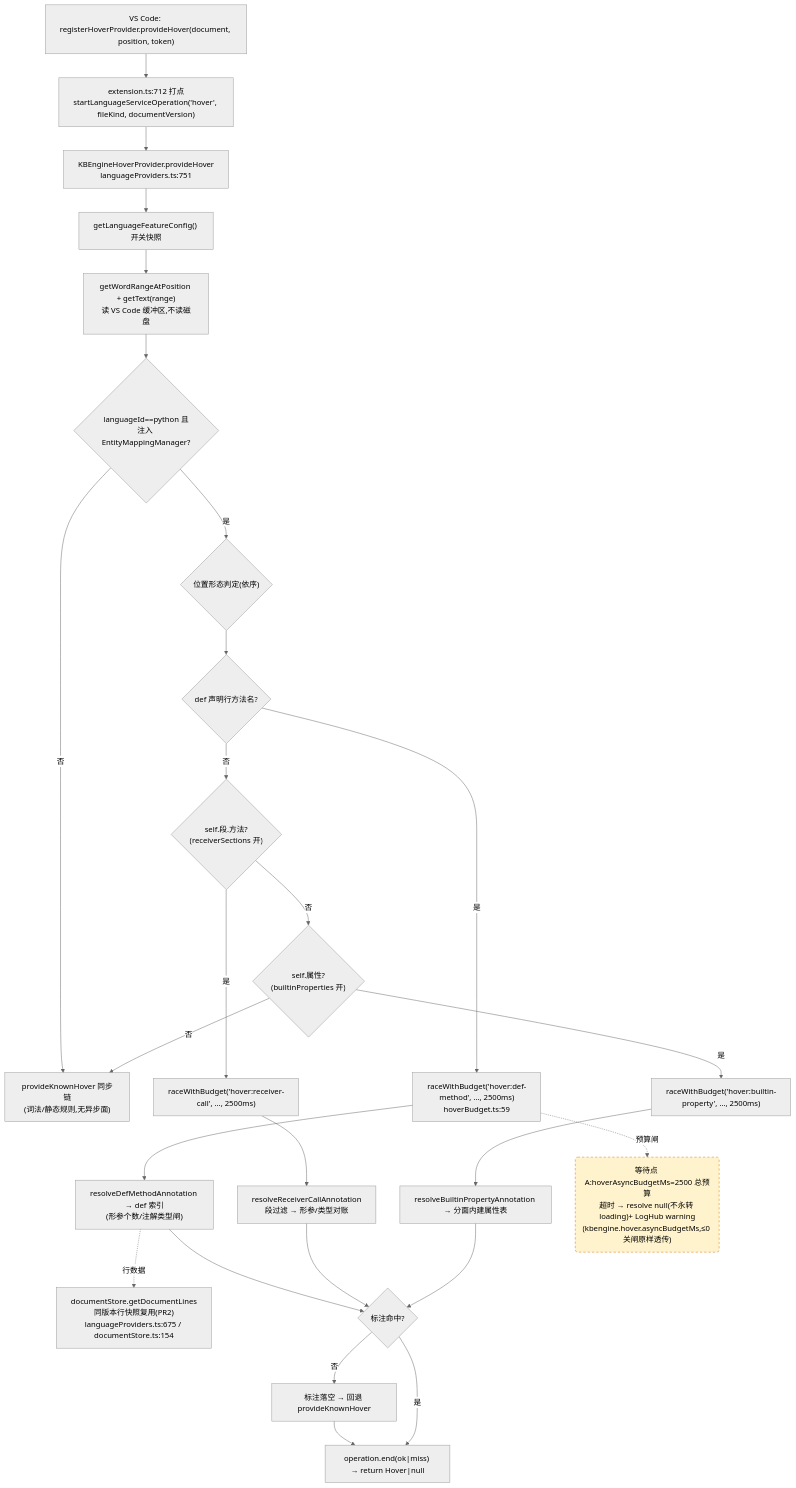
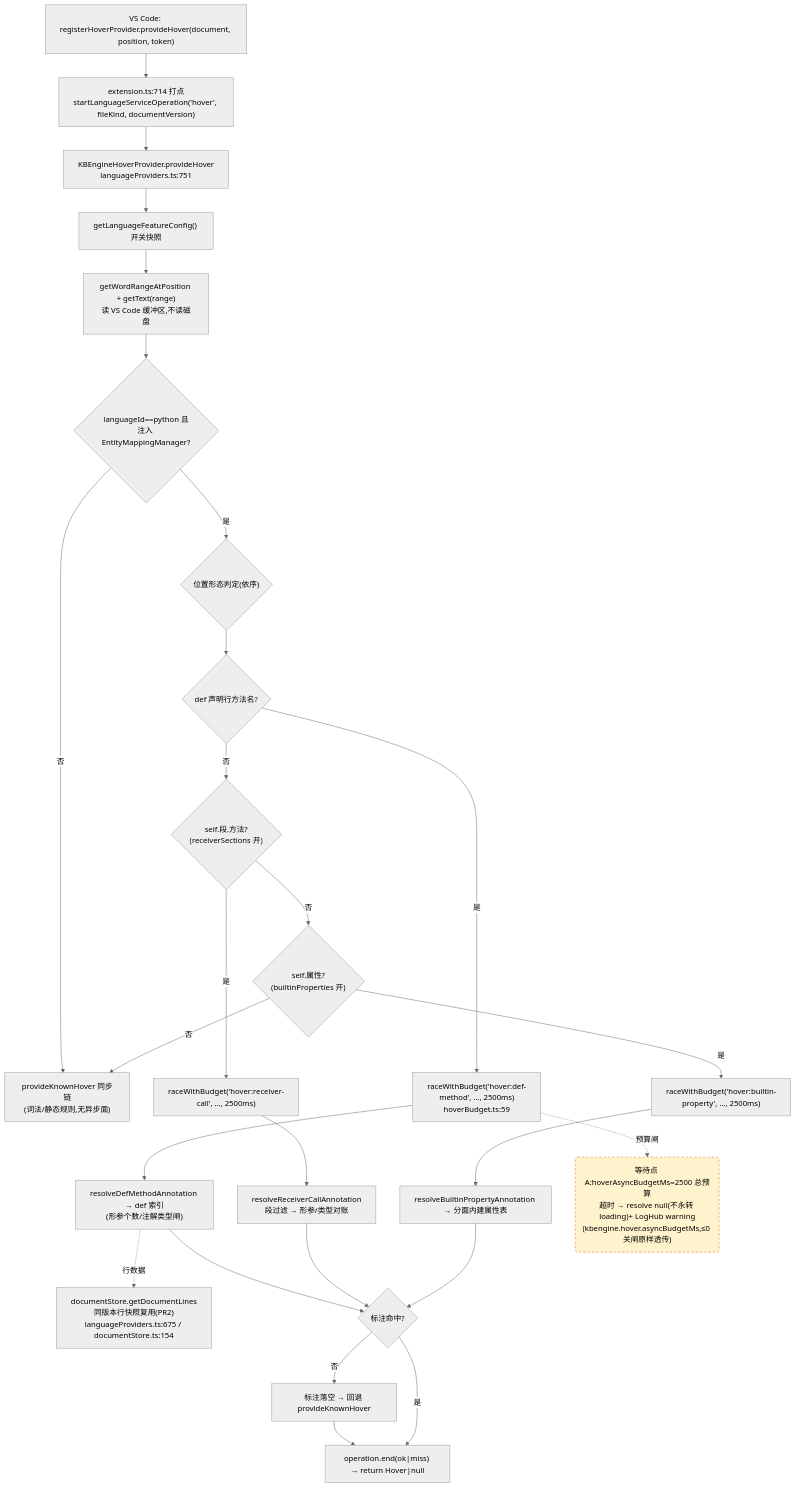
One commit to cuihairu/kode changed the first of 4 diagrams in docs/perf/2026-baseline.md. Above: the diagram before and after it, drawn with Mermaid (neutral theme). The commit also changed other lines of this file and 11 other files, not shown here.

````diff
--- a/docs/perf/2026-baseline.md
+++ b/docs/perf/2026-baseline.md
@@ -82,45 +82,45 @@
 ```mermaid
 flowchart TD
   VC1["VS Code: registerHoverProvider.provideHover(document, position, token)"]
-  M1["extension.ts:712 打点<br/>startLanguageServiceOperation('hover', fileKind, documentVersion)"]
+  M1["extension.ts:714 打点<br/>startLanguageServiceOperation('hover', fileKind, documentVersion)"]
   HP["KBEngineHoverProvider.provideHover<br/>languageProviders.ts:751"]
   CFG["getLanguageFeatureConfig() 开关快照"]
   WORD["getWordRangeAtPosition + getText(range)<br/>读 VS Code 缓冲区,不读磁盘"]
   BR{"languageId==python 且<br/>注入 EntityMappingManager?"}
   KN["provideKnownHover 同步链<br/>(词法/静态规则,无异步面)"]
   POS{"位置形态判定(依序)"}
   D1{"def 声明行方法名?"}
   D2{"self.段.方法?<br/>(receiverSections 开)"}
   D3{"self.属性?<br/>(builtinProperties 开)"}
   RA1["raceWithBudget('hover:def-method', …, 2500ms)<br/>hoverBudget.ts:59"]
   RA2["raceWithBudget('hover:receiver-call', …, 2500ms)"]
   RA3["raceWithBudget('hover:builtin-property', …, 2500ms)"]
   RS1["resolveDefMethodAnnotation → def 索引<br/>(形参个数/注解类型闸)"]
   RS2["resolveReceiverCallAnnotation<br/>段过滤 → 形参/类型对账"]
   RS3["resolveBuiltinPropertyAnnotation → 分面内建属性表"]
   LINES["documentStore.getDocumentLines<br/>同版本行快照复用(PR2)<br/>languageProviders.ts:675 / documentStore.ts:154"]
   MISS["标注落空 → 回退 provideKnownHover"]
   END1["operation.end(ok|miss) → return Hover|null"]
 
   VC1 --> M1 --> HP --> CFG --> WORD --> BR
   BR -- "否" --> KN
   BR -- "是" --> POS --> D1
   D1 -- "是" --> RA1 --> RS1
   D1 -- "否" --> D2
   D2 -- "是" --> RA2 --> RS2
   D2 -- "否" --> D3
   D3 -- "是" --> RA3 --> RS3
   D3 -- "否" --> KN
   RS1 --> HIT{"标注命中?"}
   RS2 --> HIT
   RS3 --> HIT
   RS1 -.->|行数据| LINES
   HIT -- "否" --> MISS --> END1
   HIT -- "是" --> END1
 
   WAITA("等待点 A:hoverAsyncBudgetMs=2500 总预算<br/>超时 → resolve null(不永转 loading)+ LogHub warning<br/>(kbengine.hover.asyncBudgetMs,≤0 关闸原样透传)")
   RA1 -.->|预算闸| WAITA
 
   classDef waitPoint fill:#fff3cd,stroke:#d97706,stroke-dasharray:5 4;
   class WAITA waitPoint;
 ```
````
